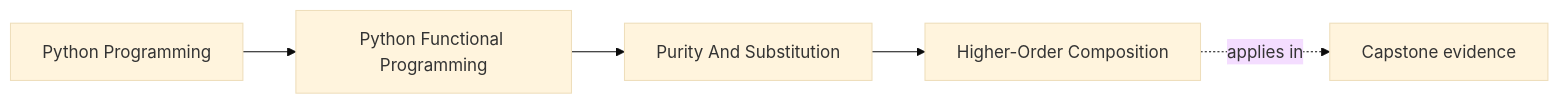
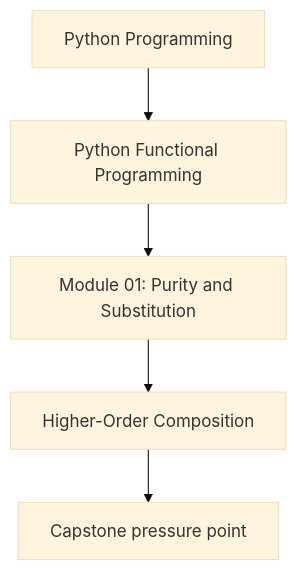
The first of 2 diagrams in programs/python-programming/python-functional-programming/course-book/module-01-purity-and-substitution/higher-order-composition.md (bijux/bijux-masterclass), drawn with Mermaid (base theme) before and after one commit. The commit also changed other lines of this file and 118 other files, not shown here.

Commit message:
docs(python-functional-programming): align concept page diagrams

````diff
--- a/programs/python-programming/python-functional-programming/course-book/module-01-purity-and-substitution/higher-order-composition.md
+++ b/programs/python-programming/python-functional-programming/course-book/module-01-purity-and-substitution/higher-order-composition.md
@@ -7,11 +7,7 @@
 ```mermaid
-graph LR
-  family["Python Programming"]
-  program["Python Functional Programming"]
-  section["Purity And Substitution"]
-  page["Higher-Order Composition"]
-  capstone["Capstone evidence"]
-
-  family --> program --> section --> page
-  page -.applies in.-> capstone
+flowchart TD
+  family["Python Programming"] --> program["Python Functional Programming"]
+  program --> module["Module 01: Purity and Substitution"]
+  module --> concept["Higher-Order Composition"]
+  concept --> capstone["Capstone pressure point"]
 ```
````
